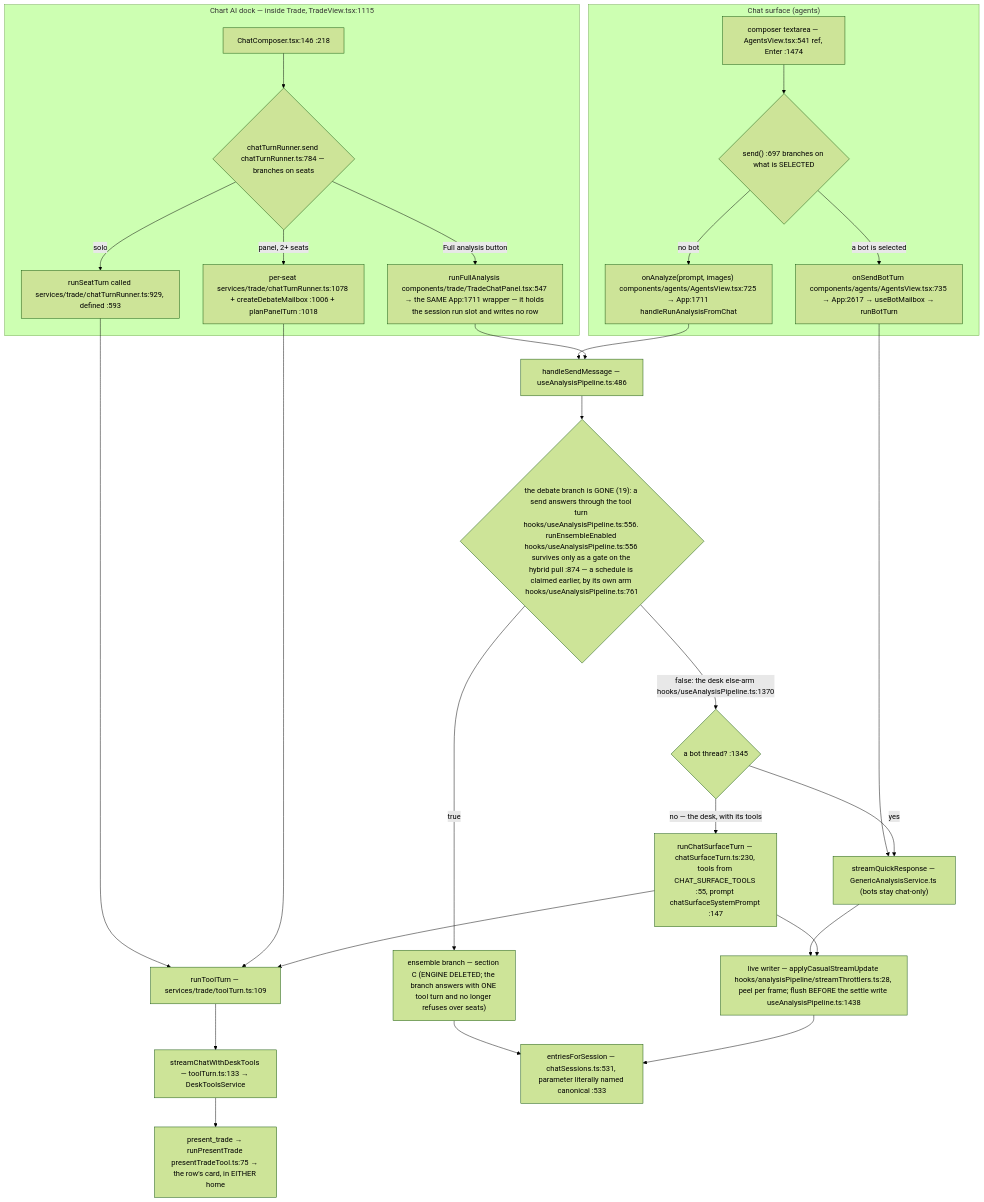
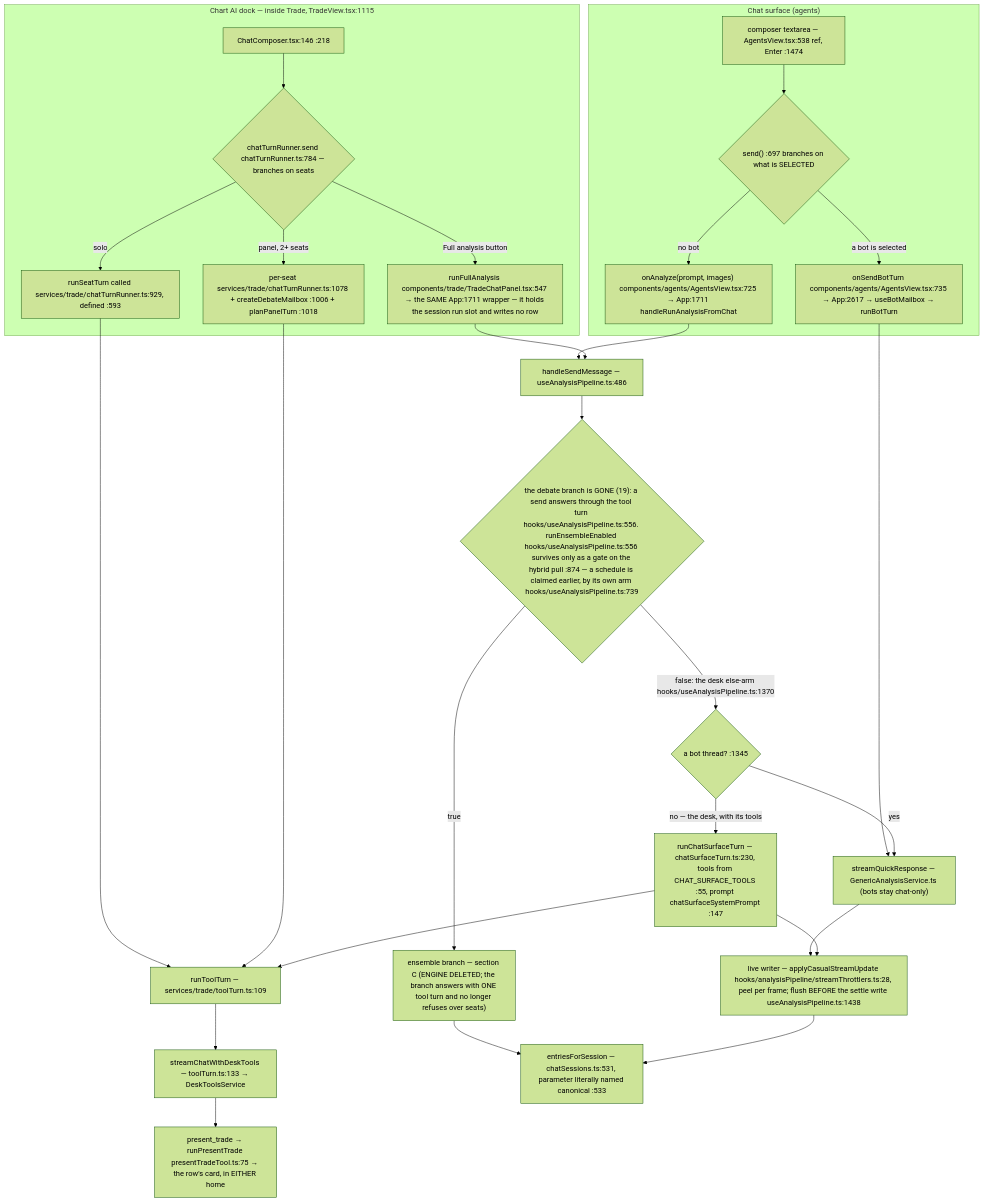
The second of 7 diagrams in docs/app-flow.md (Acepay25/august-3.5), drawn with Mermaid (forest theme) before and after one commit. The commit also changed other lines of this file and 10 other files, not shown here.

First line of the commit message:
refactor(deletion): the debating flag goes, and the branch that read it could never run

````diff
--- a/docs/app-flow.md
+++ b/docs/app-flow.md
@@ -50,31 +50,31 @@
 ```mermaid
 flowchart TD
     subgraph CHAT["Chat surface (agents)"]
-        CB["composer textarea — AgentsView.tsx:541 ref, Enter :1474"] --> D1{"send() :697 branches on what is SELECTED"}
+        CB["composer textarea — AgentsView.tsx:538 ref, Enter :1474"] --> D1{"send() :697 branches on what is SELECTED"}
         D1 -->|a bot is selected| BOT["onSendBotTurn components/agents/AgentsView.tsx:735 → App:2617 → useBotMailbox → runBotTurn"]
         D1 -->|no bot| AN["onAnalyze(prompt, images) components/agents/AgentsView.tsx:725 → App:1711 handleRunAnalysisFromChat"]
     end
     subgraph DOCK["Chart AI dock — inside Trade, TradeView.tsx:1115"]
         DC["ChatComposer.tsx:146 :218"] --> D2{"chatTurnRunner.send chatTurnRunner.ts:784 — branches on seats"}
         D2 -->|solo| SO["runSeatTurn called services/trade/chatTurnRunner.ts:929, defined :593"]
         D2 -->|panel, 2+ seats| PN["per-seat services/trade/chatTurnRunner.ts:1078 + createDebateMailbox :1006 + planPanelTurn :1018"]
         D2 -->|Full analysis button| FA["runFullAnalysis components/trade/TradeChatPanel.tsx:547 → the SAME App:1711 wrapper — it holds the session run slot and writes no row"]
     end
     SO --> TT["runToolTurn — services/trade/toolTurn.ts:109"]
     PN --> TT
     TT --> SCDT["streamChatWithDeskTools — toolTurn.ts:133 → DeskToolsService"]
     BOT --> TR["streamQuickResponse — GenericAnalysisService.ts (bots stay chat-only)"]
     AN --> HSM["handleSendMessage — useAnalysisPipeline.ts:486"]
     FA --> HSM
-    HSM --> D3{"the debate branch is GONE (19): a send answers through the tool turn hooks/useAnalysisPipeline.ts:556. runEnsembleEnabled hooks/useAnalysisPipeline.ts:556 survives only as a gate on the hybrid pull :874 — a schedule is claimed earlier, by its own arm hooks/useAnalysisPipeline.ts:761"}
+    HSM --> D3{"the debate branch is GONE (19): a send answers through the tool turn hooks/useAnalysisPipeline.ts:556. runEnsembleEnabled hooks/useAnalysisPipeline.ts:556 survives only as a gate on the hybrid pull :874 — a schedule is claimed earlier, by its own arm hooks/useAnalysisPipeline.ts:739"}
     D3 -->|true| ENS["ensemble branch — section C (ENGINE DELETED; the branch answers with ONE tool turn and no longer refuses over seats)"]
     D3 -->|false: the desk else-arm hooks/useAnalysisPipeline.ts:1370| SPLIT{"a bot thread? :1345"}
     SPLIT -->|yes| TR
     SPLIT -->|no — the desk, with its tools| CST["runChatSurfaceTurn — chatSurfaceTurn.ts:230, tools from CHAT_SURFACE_TOOLS :55, prompt chatSurfaceSystemPrompt :147"]
     CST --> TT
     TR --> LW["live writer — applyCasualStreamUpdate hooks/analysisPipeline/streamThrottlers.ts:28, peel per frame; flush BEFORE the settle write useAnalysisPipeline.ts:1438"]
     CST --> LW
     ENS --> MERGE
     LW --> MERGE["entriesForSession — chatSessions.ts:531, parameter literally named canonical :533"]
     SCDT --> PT["present_trade → runPresentTrade presentTradeTool.ts:75 → the row's card, in EITHER home"]
 ```
````
